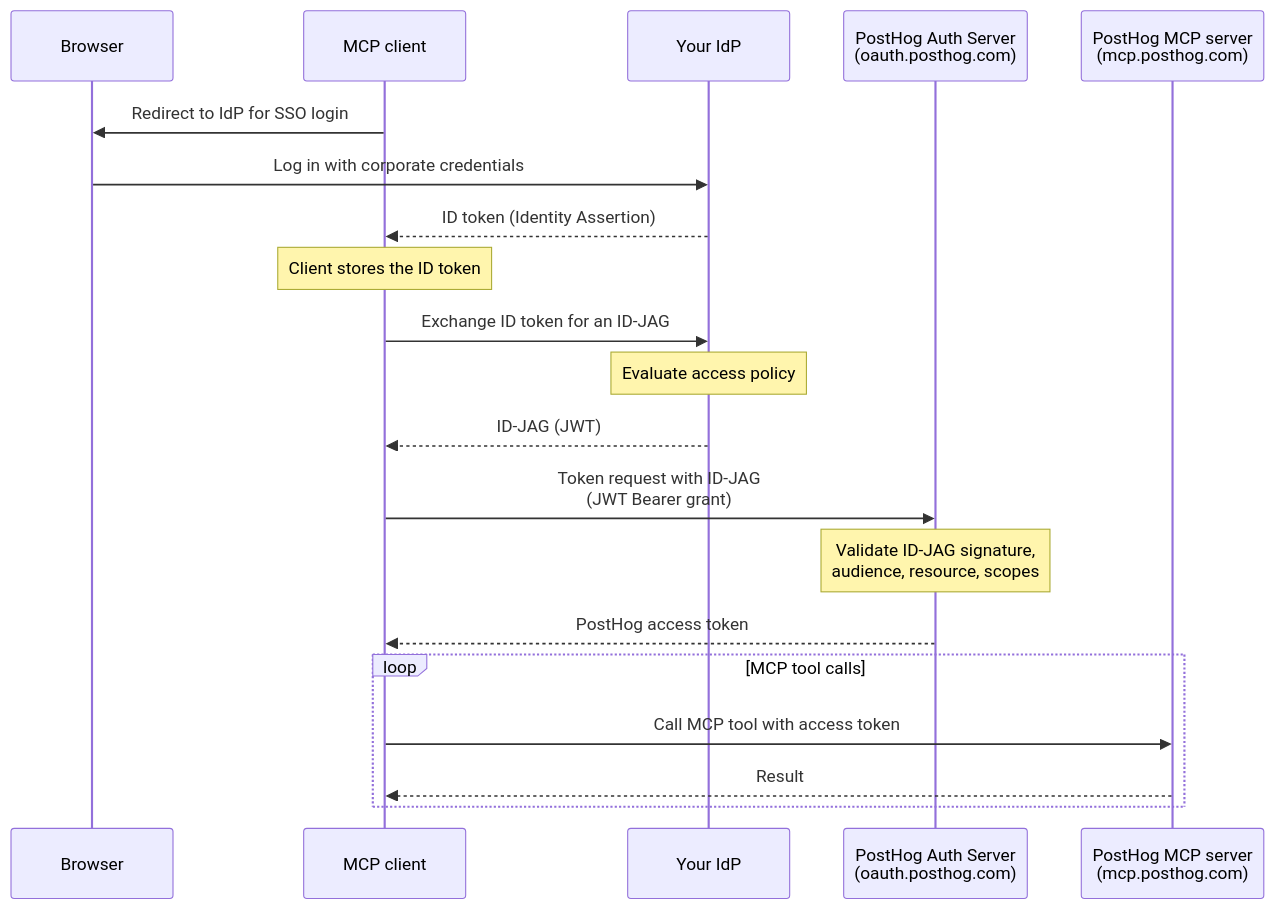
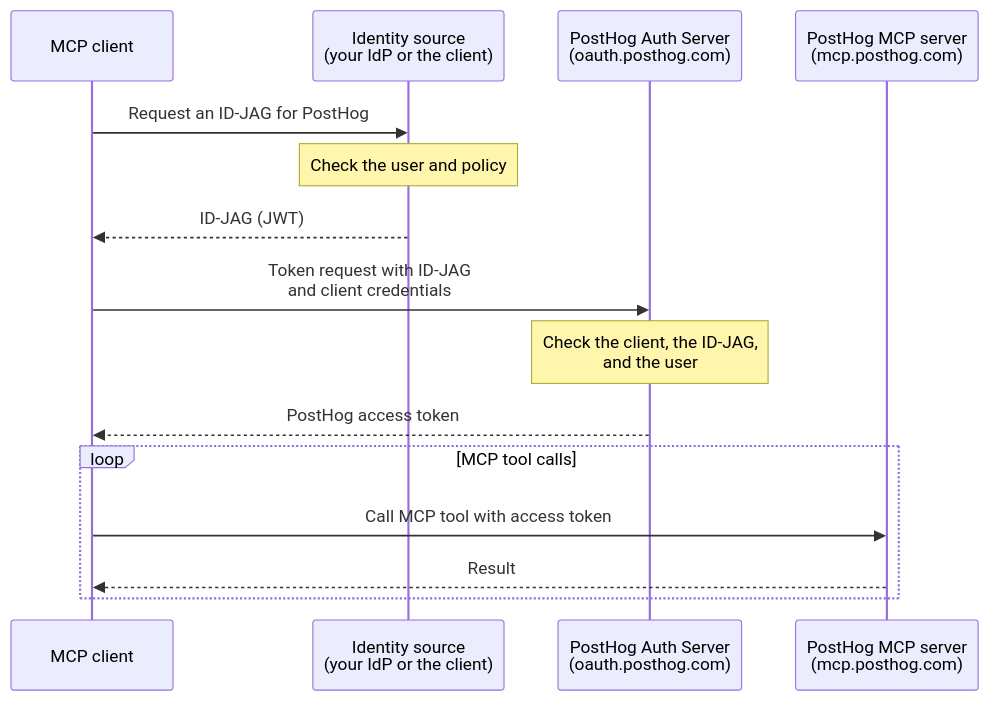
Before and after one commit to PostHog/posthog.com: the diagram in contents/docs/model-context-protocol/enterprise-managed-authorization.mdx, drawn with Mermaid. The commit also changed other lines of this file and 5 other files, not shown here.

````diff
--- a/contents/docs/model-context-protocol/enterprise-managed-authorization.mdx
+++ b/contents/docs/model-context-protocol/enterprise-managed-authorization.mdx
@@ -32,26 +77,20 @@
 ```mermaid
 sequenceDiagram
-    participant User as Browser
     participant Client as MCP client
-    participant IdP as Your IdP
+    participant Source as Identity source<br/>(your IdP or the client)
     participant AS as PostHog Auth Server<br/>(oauth.posthog.com)
     participant MCP as PostHog MCP server<br/>(mcp.posthog.com)
 
-    Client->>User: Redirect to IdP for SSO login
-    User->>IdP: Log in with corporate credentials
-    IdP-->>Client: ID token (Identity Assertion)
-    Note over Client: Client stores the ID token
+    Client->>Source: Request an ID-JAG for PostHog
+    Note over Source: Check the user and policy
+    Source-->>Client: ID-JAG (JWT)
 
-    Client->>IdP: Exchange ID token for an ID-JAG
-    Note over IdP: Evaluate access policy
-    IdP-->>Client: ID-JAG (JWT)
-
-    Client->>AS: Token request with ID-JAG<br/>(JWT Bearer grant)
-    Note over AS: Validate ID-JAG signature,<br/>audience, resource, scopes
+    Client->>AS: Token request with ID-JAG<br/>and client credentials
+    Note over AS: Check the client, the ID-JAG,<br/>and the user
     AS-->>Client: PostHog access token
 
     loop MCP tool calls
         Client->>MCP: Call MCP tool with access token
         MCP-->>Client: Result
     end
 ```
````
